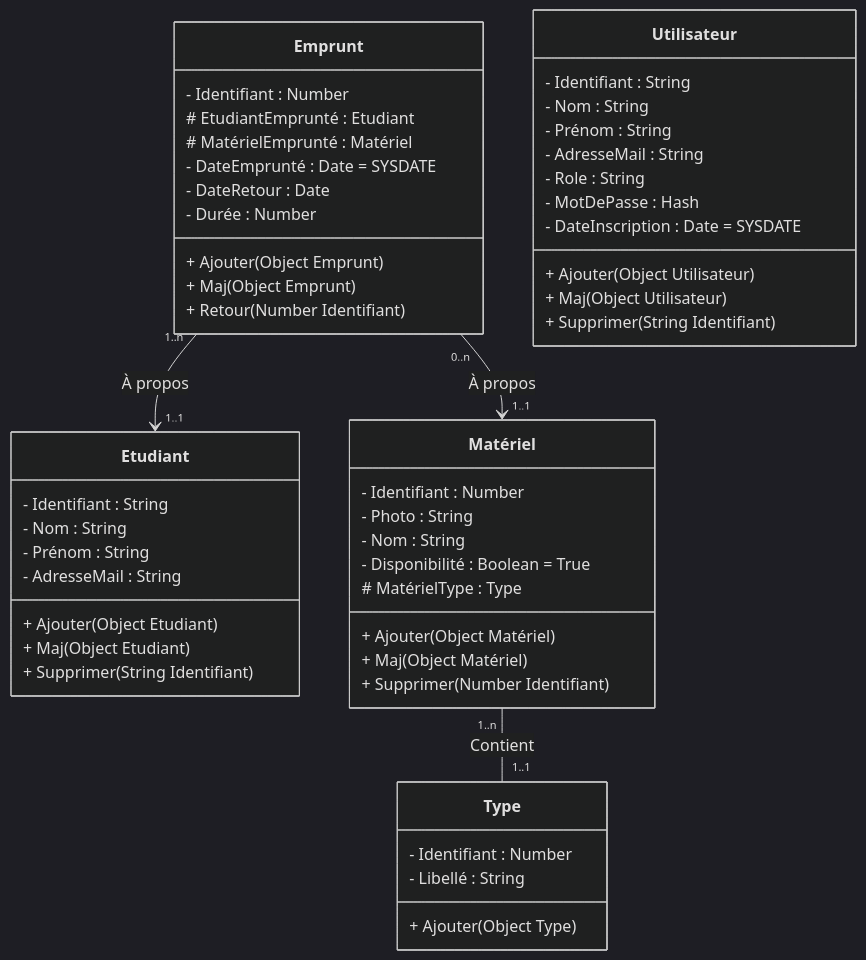
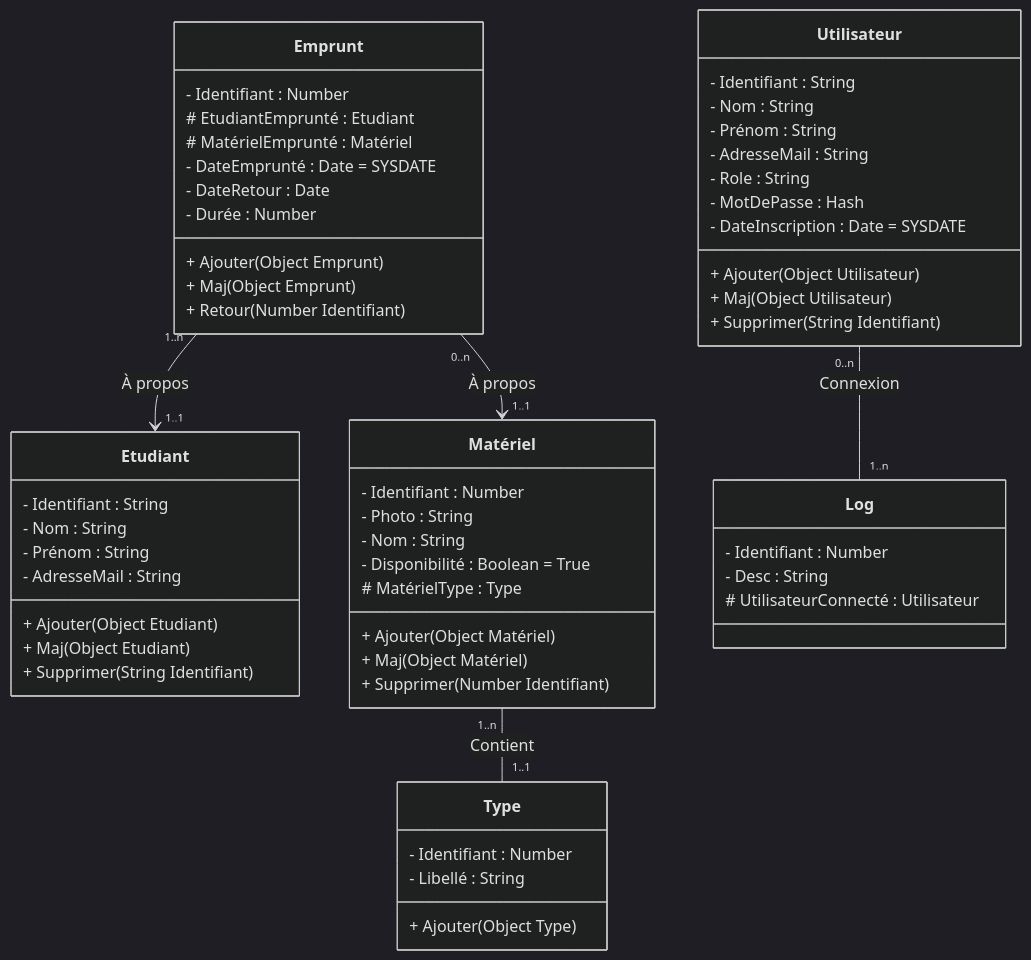
Before and after one commit to ayoub-ghanaj/FSSM-Library: the second of 2 diagrams in uml/cu.md, drawn with Mermaid (dark theme). The commit also changed other lines of this file, not shown here.

````diff
--- a/uml/cu.md
+++ b/uml/cu.md
@@ -44,54 +45,60 @@
 ```mermaid
 classDiagram
     class Etudiant {
         - Identifiant : String
         - Nom : String
         - Prénom : String
         - AdresseMail : String
         + Ajouter(Object Etudiant)
         + Maj(Object Etudiant)
         + Supprimer(String Identifiant)
     }
     class Type {
         - Identifiant : Number
         - Libellé : String
         + Ajouter(Object Type)
     }
     class Matériel {
         - Identifiant : Number
         - Photo : String
         - Nom : String
         - Disponibilité : Boolean = True
         # MatérielType : Type
         + Ajouter(Object Matériel)
         + Maj(Object Matériel)
         + Supprimer(Number Identifiant)
     }
     class Emprunt {
         - Identifiant : Number
         # EtudiantEmprunté : Etudiant
         # MatérielEmprunté : Matériel
         - DateEmprunté : Date = SYSDATE
         - DateRetour : Date
         - Durée : Number
         + Ajouter(Object Emprunt)
         + Maj(Object Emprunt)
         + Retour(Number Identifiant)
     }
     class Utilisateur {
         - Identifiant : String
         - Nom : String
         - Prénom : String
         - AdresseMail : String
         - Role : String
         - MotDePasse : Hash
         - DateInscription : Date = SYSDATE
         + Ajouter(Object Utilisateur)
         + Maj(Object Utilisateur)
         + Supprimer(String Identifiant)
     }
+    class Log {
+        - Identifiant : Number
+        - Desc : String
+        # UtilisateurConnecté : Utilisateur
+    }
     
     Matériel "1..n" -- "1..1" Type : Contient
     Emprunt "0..n" --> "1..1" Matériel : À propos
     Emprunt "1..n" --> "1..1" Etudiant : À propos
+    Utilisateur "0..n" -- "1..n" Log : Connexion
 ```
````
